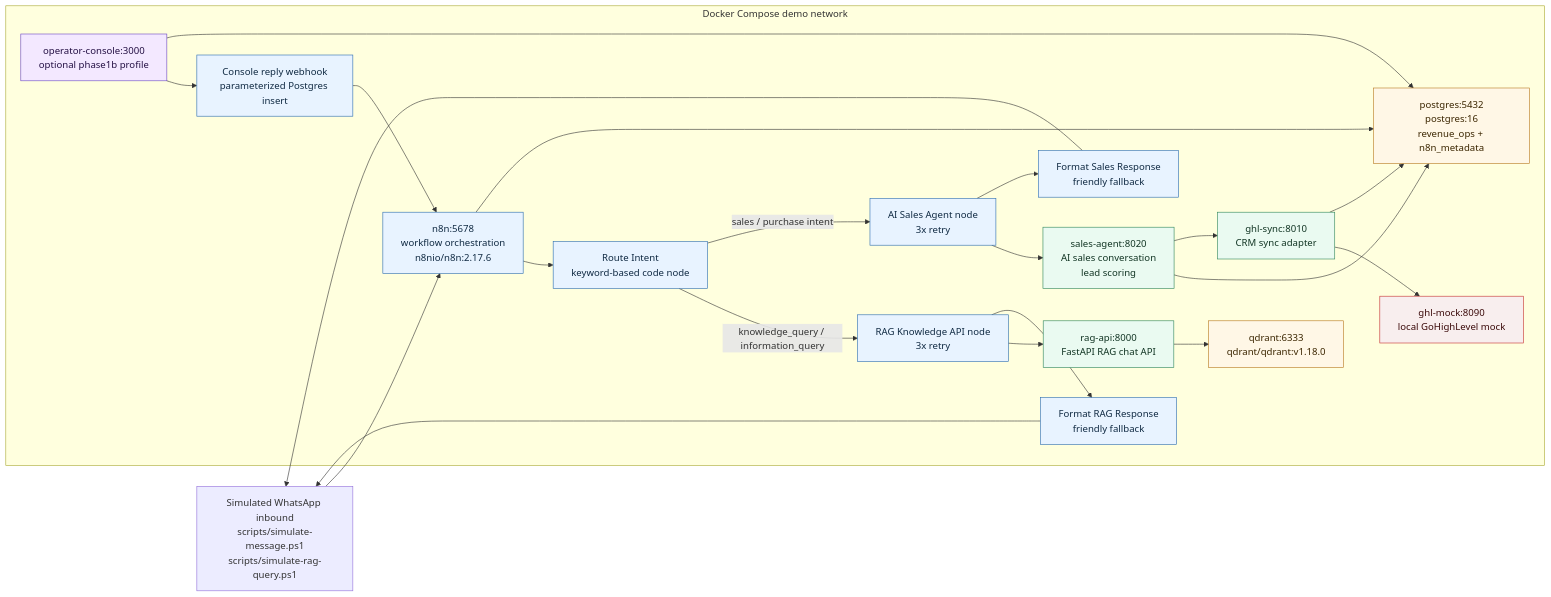
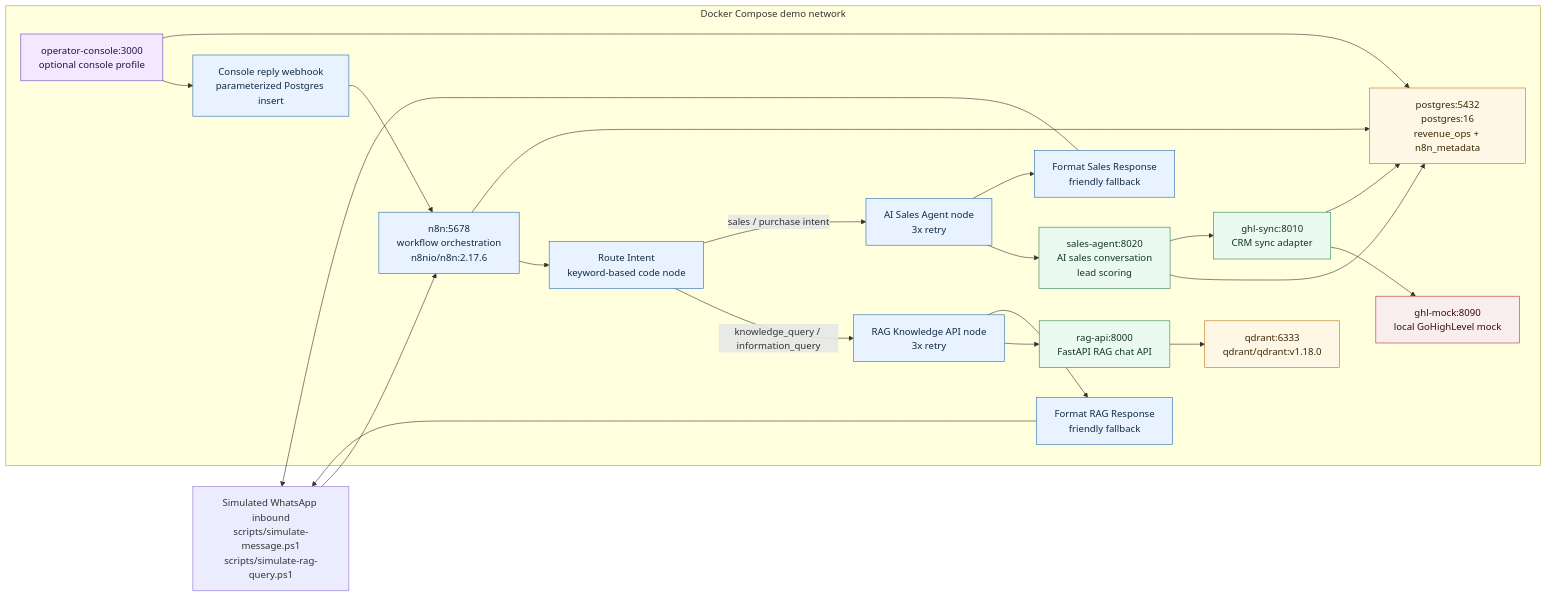
One commit to Komorebi12/whatsapp-revenue-ops-platform changed the diagram in docs/architecture-diagram.mmd. Above: the diagram before and after it, drawn with Mermaid. The commit also changed 17 other files, not shown here.

```diff
--- a/docs/architecture-diagram.mmd
+++ b/docs/architecture-diagram.mmd
@@ -1,59 +1,59 @@
 flowchart LR
   user["Simulated WhatsApp inbound<br/>scripts/simulate-message.ps1<br/>scripts/simulate-rag-query.ps1"]
 
   subgraph compose["Docker Compose demo network"]
     n8n["n8n:5678<br/>workflow orchestration<br/>n8nio/n8n:2.17.6"]
     route["Route Intent<br/>keyword-based code node"]
     ragHttp["RAG Knowledge API node<br/>3x retry"]
     salesHttp["AI Sales Agent node<br/>3x retry"]
     formatRag["Format RAG Response<br/>friendly fallback"]
     formatSales["Format Sales Response<br/>friendly fallback"]
 
     rag["rag-api:8000<br/>FastAPI RAG chat API"]
     qdrant["qdrant:6333<br/>qdrant/qdrant:v1.18.0"]
 
     sales["sales-agent:8020<br/>AI sales conversation<br/>lead scoring"]
     sync["ghl-sync:8010<br/>CRM sync adapter"]
     mock["ghl-mock:8090<br/>local GoHighLevel mock"]
 
     pg["postgres:5432<br/>postgres:16<br/>revenue_ops + n8n_metadata"]
-    console["operator-console:3000<br/>optional phase1b profile"]
+    console["operator-console:3000<br/>optional console profile"]
     reply["Console reply webhook<br/>parameterized Postgres insert"]
   end
 
   user --> n8n
   n8n --> route
 
   route -->|"knowledge_query / information_query"| ragHttp
   route -->|"sales / purchase intent"| salesHttp
 
   ragHttp --> rag
   rag --> qdrant
   ragHttp --> formatRag
 
   salesHttp --> sales
   sales --> pg
   sales --> sync
   sync --> mock
   sync --> pg
   salesHttp --> formatSales
 
   formatRag --> user
   formatSales --> user
 
   console --> reply
   reply --> n8n
   n8n --> pg
   console --> pg
 
   classDef workflow fill:#e8f3ff,stroke:#2b6cb0,color:#102a43;
   classDef api fill:#eafaf1,stroke:#2f855a,color:#123524;
   classDef data fill:#fff7e6,stroke:#b7791f,color:#3b2600;
   classDef mock fill:#f8eeee,stroke:#c53030,color:#3b0a0a;
   classDef ui fill:#f3e8ff,stroke:#6b46c1,color:#241044;
 
   class n8n,route,ragHttp,salesHttp,formatRag,formatSales,reply workflow;
   class rag,sales,sync api;
   class pg,qdrant data;
   class mock mock;
   class console ui;
```
